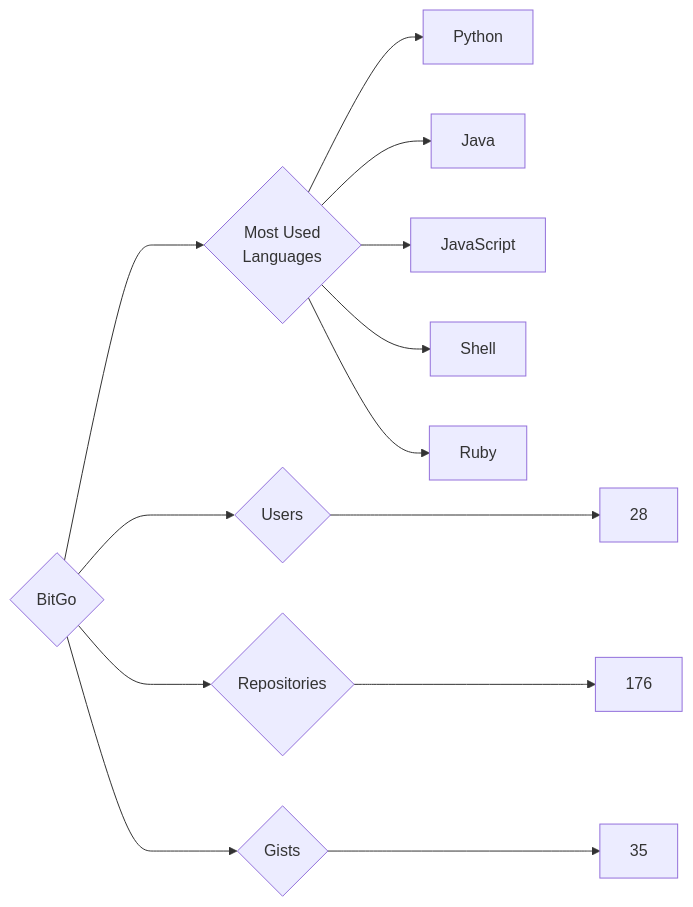
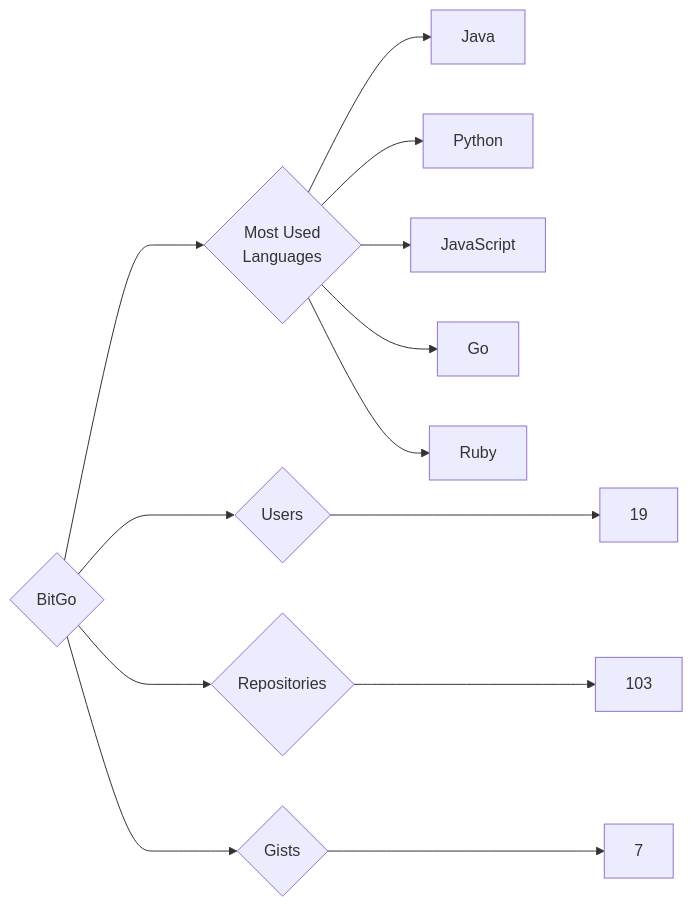
The diagram in targets/BitGo/README.md (trickest/insiders), drawn with Mermaid before and after one commit. The commit also changed 872 other files, not shown here.

````diff
--- a/targets/BitGo/README.md
+++ b/targets/BitGo/README.md
@@ -3,13 +3,13 @@
 ```mermaid
 graph LR
 COMPANY_NAME{BitGo}
-COMPANY_NAME ---> U{Users} ---> UN[28]
-COMPANY_NAME ---> R{Repositories} ---> RN[176]
-COMPANY_NAME ---> G{Gists} ---> GN[35]
+COMPANY_NAME ---> U{Users} ---> UN[19]
+COMPANY_NAME ---> R{Repositories} ---> RN[103]
+COMPANY_NAME ---> G{Gists} ---> GN[7]
 COMPANY_NAME ---> ML{Most Used<br>Languages}
+ML --> Java[Java]
 ML --> Python[Python]
-ML --> Java[Java]
 ML --> JavaScript[JavaScript]
-ML --> Shell[Shell]
+ML --> Go[Go]
 ML --> Ruby[Ruby]
 ```
````
